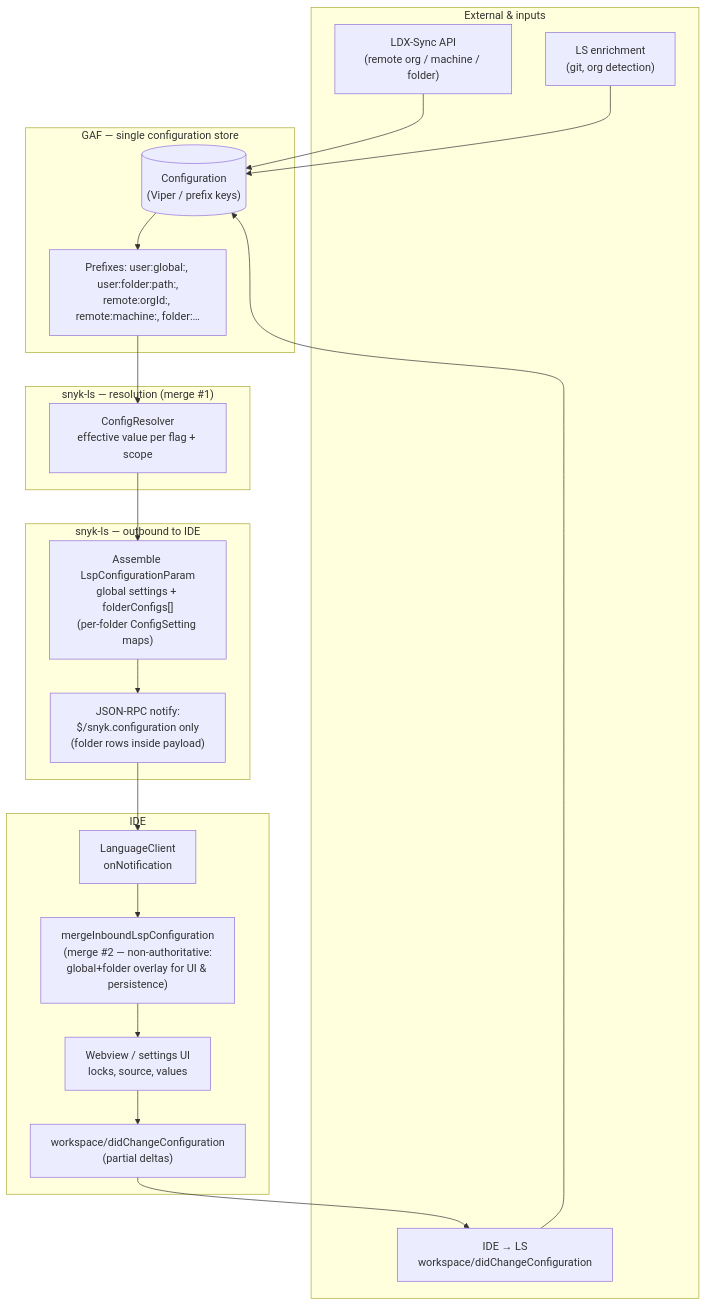
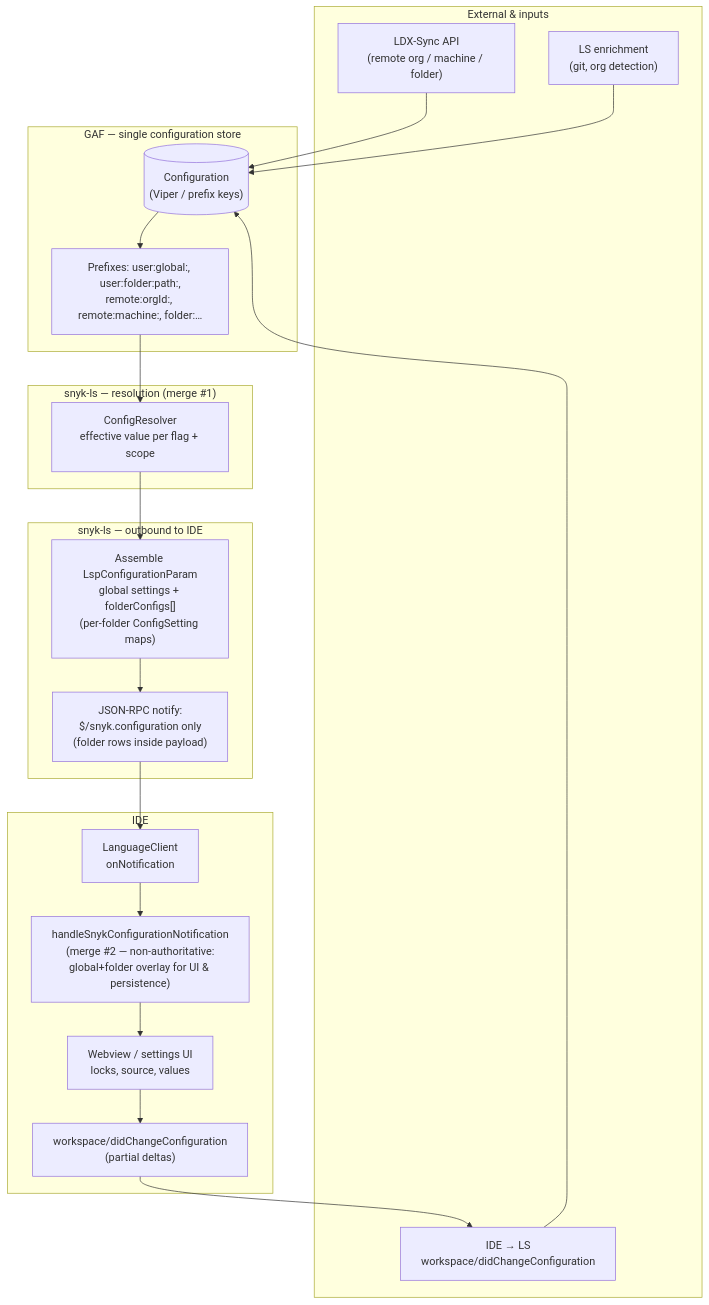
One commit to snyk/vscode-extension changed the diagram in docs/configuration-gaf-ls-ide-flow.md. Above: the diagram before and after it, drawn with Mermaid. The commit also changed other lines of this file and 9 other files, not shown here.

````diff
--- a/docs/configuration-gaf-ls-ide-flow.md
+++ b/docs/configuration-gaf-ls-ide-flow.md
@@ -7,43 +7,43 @@
 ```mermaid
 %% snyk-ls → IDE: $/snyk.configuration only; folder rows in param.folderConfigs (no separate $/snyk.folderConfigs).
 flowchart TB
   subgraph external["External & inputs"]
     LDX["LDX-Sync API<br/>(remote org / machine / folder)"]
     IDE_IN["IDE → LS<br/>workspace/didChangeConfiguration"]
     ENRICH["LS enrichment<br/>(git, org detection)"]
   end
 
   subgraph gaf["GAF — single configuration store"]
     STORE[("Configuration<br/>(Viper / prefix keys)")]
     PFX["Prefixes: user:global:, user:folder:path:,<br/>remote:orgId:, remote:machine:, folder:…"]
   end
 
   subgraph resolve["snyk-ls — resolution (merge #1)"]
     CR["ConfigResolver<br/>effective value per flag + scope"]
   end
 
   subgraph outbound["snyk-ls — outbound to IDE"]
     LCP["Assemble LspConfigurationParam<br/>global settings + folderConfigs[]<br/>(per-folder ConfigSetting maps)"]
     NCFG["JSON-RPC notify:<br/>$/snyk.configuration only<br/>(folder rows inside payload)"]
   end
 
   subgraph ide["IDE"]
     HNDL["LanguageClient<br/>onNotification"]
-    MERGE_UI["mergeInboundLspConfiguration<br/>(merge #2 — non-authoritative:<br/>global+folder overlay for UI & persistence)"]
+    MERGE_UI["handleSnykConfigurationNotification<br/>(merge #2 — non-authoritative:<br/>global+folder overlay for UI & persistence)"]
     VIEW["Webview / settings UI<br/>locks, source, values"]
     DCC["workspace/didChangeConfiguration<br/>(partial deltas)"]
   end
 
   LDX --> STORE
   IDE_IN --> STORE
   ENRICH --> STORE
   STORE --> PFX
   PFX --> CR
   CR --> LCP
   LCP --> NCFG
   NCFG --> HNDL
   HNDL --> MERGE_UI
   MERGE_UI --> VIEW
   VIEW --> DCC
   DCC --> IDE_IN
 ```
````
